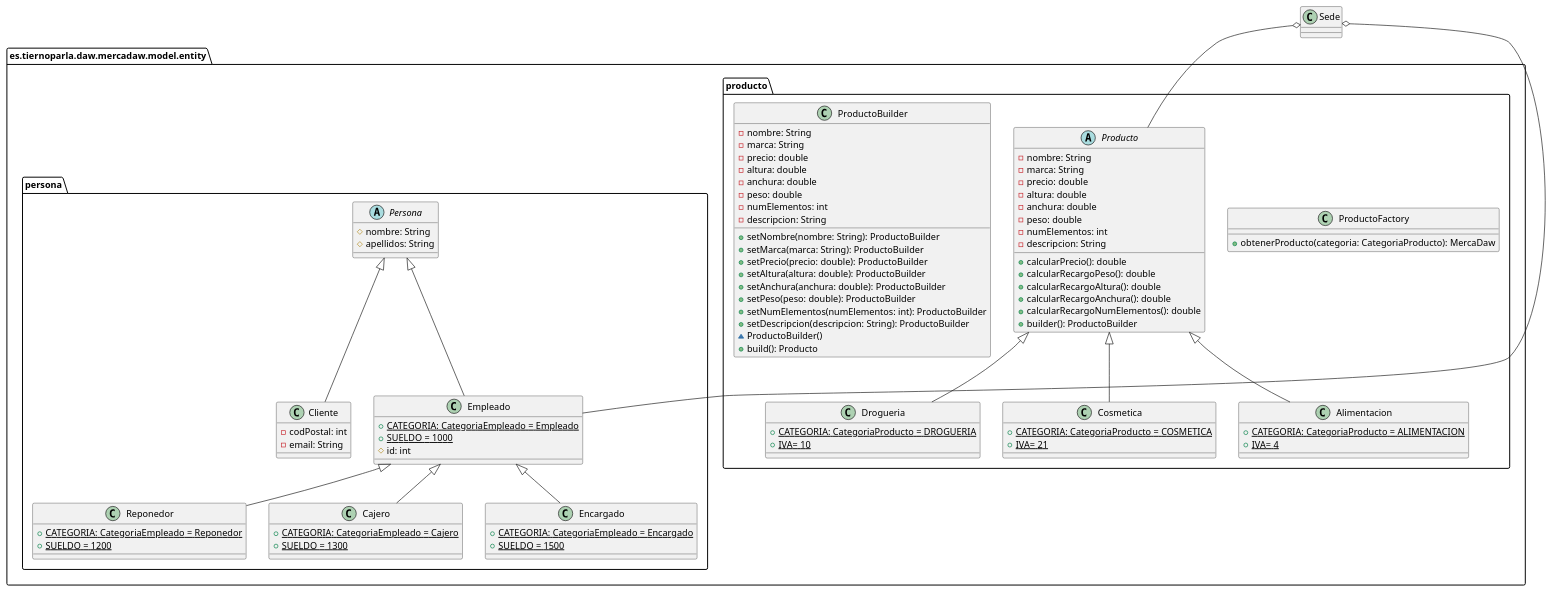
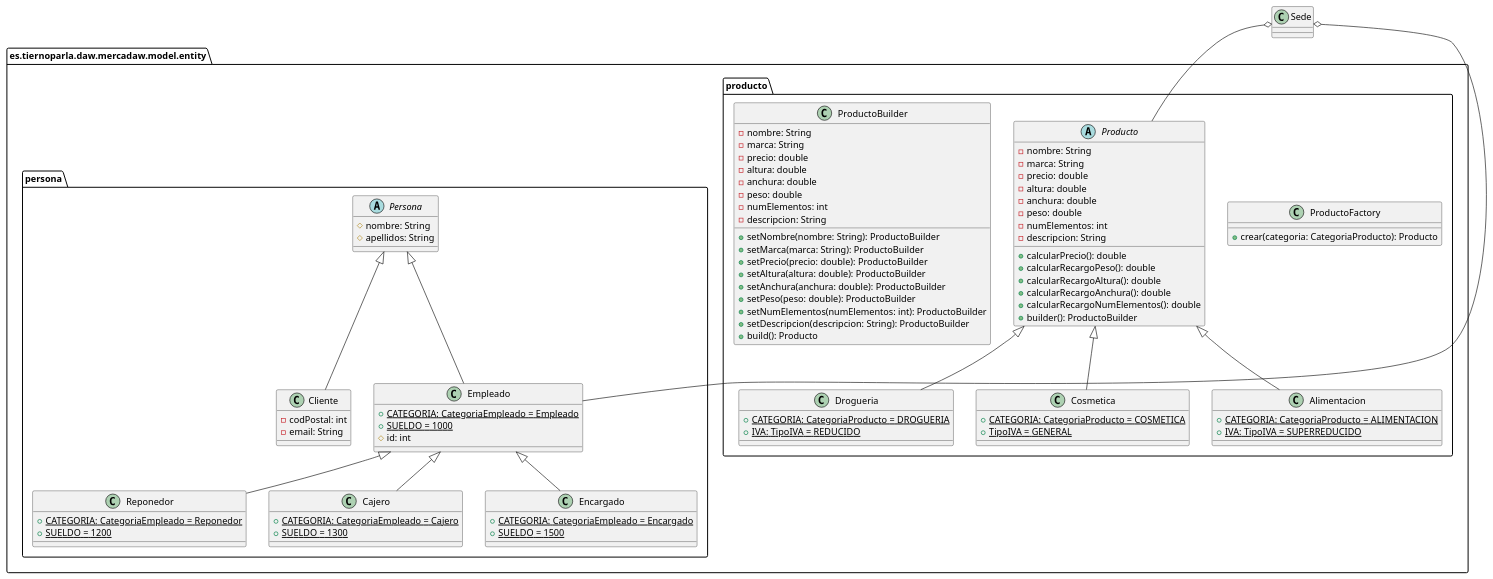
The diagram in design/Diagramas/Clases/DiagramaClasesEntity.pu (adrils16/MercaDawFinal), drawn with PlantUML before and after one commit. The commit also changed 10 other files, not shown here.

```diff
--- a/design/Diagramas/Clases/DiagramaClasesEntity.pu
+++ b/design/Diagramas/Clases/DiagramaClasesEntity.pu
@@ -1,116 +1,115 @@
 @startuml Entity
 set namespaceSeparator none
 allow_mixing
 
 package es.tiernoparla.daw.mercadaw.model.entity {
 
     package producto {
         class ProductoFactory {
-            +obtenerProducto(categoria: CategoriaProducto): MercaDaw
+            +crear(categoria: CategoriaProducto): Producto
         }
 
         abstract Producto {
             -nombre: String
             -marca: String
             -precio: double
             -altura: double
             -anchura: double
             -peso: double
             -numElementos: int
             -descripcion: String
 
             +calcularPrecio(): double
             +calcularRecargoPeso(): double
             +calcularRecargoAltura(): double
             +calcularRecargoAnchura(): double
             +calcularRecargoNumElementos(): double
             +builder(): ProductoBuilder
         }
 
         class Alimentacion {
             +{static} CATEGORIA: CategoriaProducto = ALIMENTACION
-            +{static} IVA= 4
+            +{static} IVA: TipoIVA = SUPERREDUCIDO
         }
 
         class Drogueria {
             +{static} CATEGORIA: CategoriaProducto = DROGUERIA
-            +{static} IVA= 10
+            +{static} IVA: TipoIVA = REDUCIDO
         }
 
         class Cosmetica {
             +{static} CATEGORIA: CategoriaProducto = COSMETICA
-            +{static} IVA= 21
+            +{static} TipoIVA = GENERAL
         }
 
         class ProductoBuilder {
             -nombre: String
             -marca: String
             -precio: double
             -altura: double
             -anchura: double
             -peso: double
             -numElementos: int
             -descripcion: String
             +setNombre(nombre: String): ProductoBuilder
             +setMarca(marca: String): ProductoBuilder
             +setPrecio(precio: double): ProductoBuilder
             +setAltura(altura: double): ProductoBuilder
             +setAnchura(anchura: double): ProductoBuilder
             +setPeso(peso: double): ProductoBuilder
             +setNumElementos(numElementos: int): ProductoBuilder
             +setDescripcion(descripcion: String): ProductoBuilder
-            ~ProductoBuilder()
             +build(): Producto
         }
 
         Producto <|-- Alimentacion
         Producto <|-- Drogueria
         Producto <|-- Cosmetica
     }
 
     package persona {
 
         class Empleado {
             +{static} CATEGORIA: CategoriaEmpleado = Empleado
             +{static} SUELDO = 1000
             #id: int
         }
 
         abstract Persona {
             #nombre: String
             #apellidos: String
         }
 
         class Reponedor {
             +{static} CATEGORIA: CategoriaEmpleado = Reponedor
             +{static} SUELDO = 1200
         }
 
         class Cajero {
             +{static} CATEGORIA: CategoriaEmpleado = Cajero
             +{static} SUELDO = 1300
         }
 
         class Encargado {
             +{static} CATEGORIA: CategoriaEmpleado = Encargado
             +{static} SUELDO = 1500
         }
 
         class Cliente {
             -codPostal: int
             -email: String
         }
 
         Empleado <|-- Reponedor
         Empleado <|-- Cajero
         Empleado <|-- Encargado
 
         Persona <|-- Empleado
         Persona <|-- Cliente
     }
 
 }
 Sede o-- Empleado
 Sede o-- Producto
 
 @enduml
```
